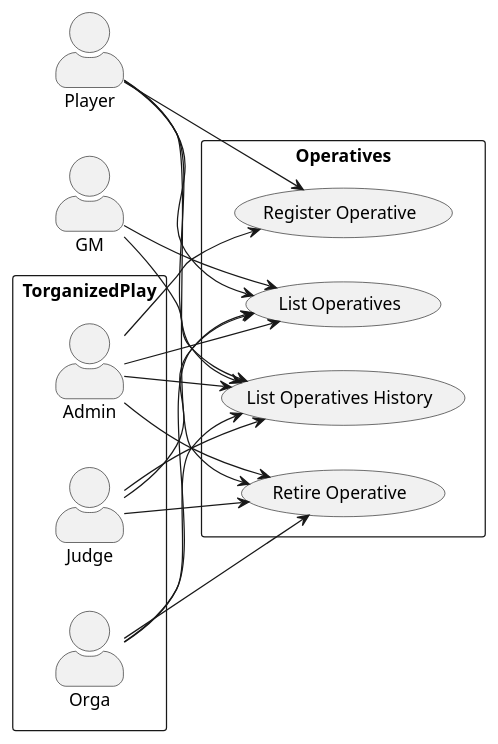
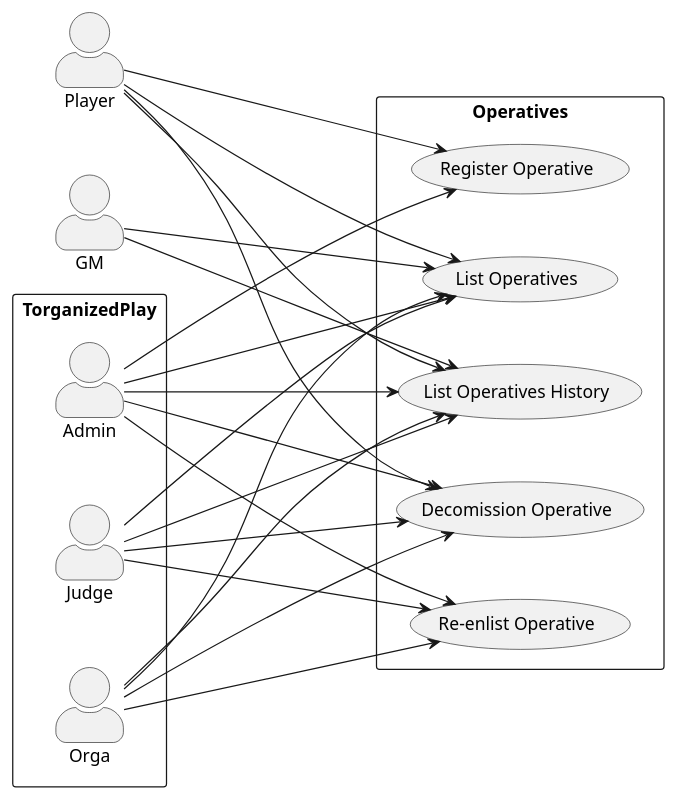
Before and after one commit to Paladins-Inn/torganized-play-architecture: the first of 6 diagrams in src/main/docs/src/03_system_scope_and_context.adoc, drawn with PlantUML. The commit also changed other lines of this file and 30 other files, not shown here.

```diff
--- a/src/main/docs/src/03_system_scope_and_context.adoc
+++ b/src/main/docs/src/03_system_scope_and_context.adoc
@@ -10,42 +10,48 @@
 [plantuml,business-context-operatives,svg]
 ....
 @startuml
 left to right direction
 skinparam actorStyle awesome
+skinparam nodesep 50
+skinparam ranksep 200
 
 actor Player as player
 actor GM as gm
 
 
 rectangle Operatives {
     usecase "Register Operative" as opreg
     usecase "List Operatives" as oplist
     usecase "List Operatives History" as ophistory
-    usecase "Retire Operative" as opretire
+    usecase "Decomission Operative" as opretire
+    usecase "Re-enlist Operative" as opreenlist
 }
 
 rectangle TorganizedPlay {
     actor Judge as judge
     actor Orga as orga
     actor Admin as admin
 }
 
 player --> opreg
 player --> oplist
 player --> ophistory
 player --> opretire
 gm --> oplist
 gm --> ophistory
 judge --> oplist
 judge --> ophistory
 judge --> opretire
+judge --> opreenlist
 orga --> oplist
 orga --> ophistory
 orga --> opretire
+orga --> opreenlist
 admin --> opreg
 admin --> oplist
 admin --> ophistory
 admin --> opretire
+admin --> opreenlist
 
 @enduml
 ....
```
